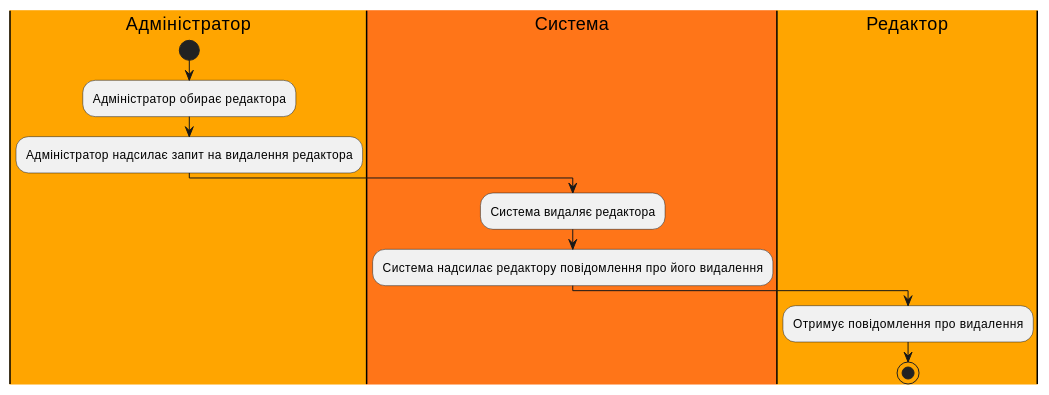
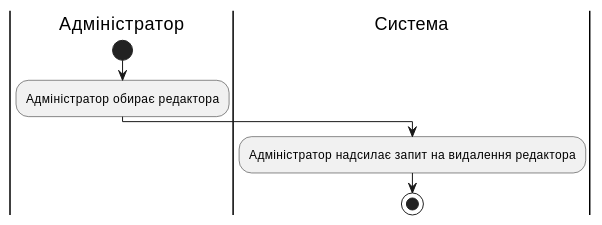
Before and after one commit to m1guelten/edu-db-cw: diagram 12 of 17 in docs/use cases/README.md, drawn with PlantUML. The commit also changed other lines of this file, not shown here.

```diff
--- a/docs/use cases/README.md
+++ b/docs/use cases/README.md
@@ -391,15 +370,9 @@
 @startuml
-
-|#FF4F00|Адміністратор|
+|Адміністратор|
 start
 :Адміністратор обирає редактора;
-|#FFA500|Адміністратор|
+
+|Система|
 :Адміністратор надсилає запит на видалення редактора;
-|#FF7518|Система|
-:Система видаляє редактора;
-|Система|
-:Система надсилає редактору повідомлення про його видалення;
-|#FFA500|Редактор|
-:Отримує повідомлення про видалення;
 stop;
 @enduml
```
